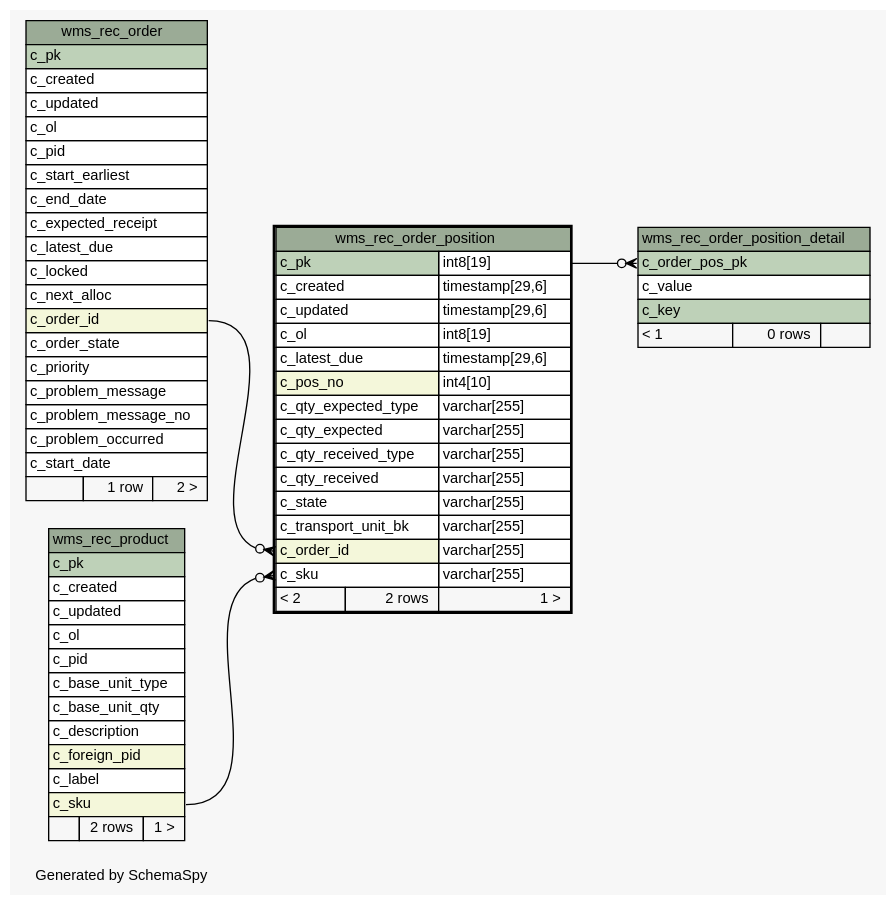
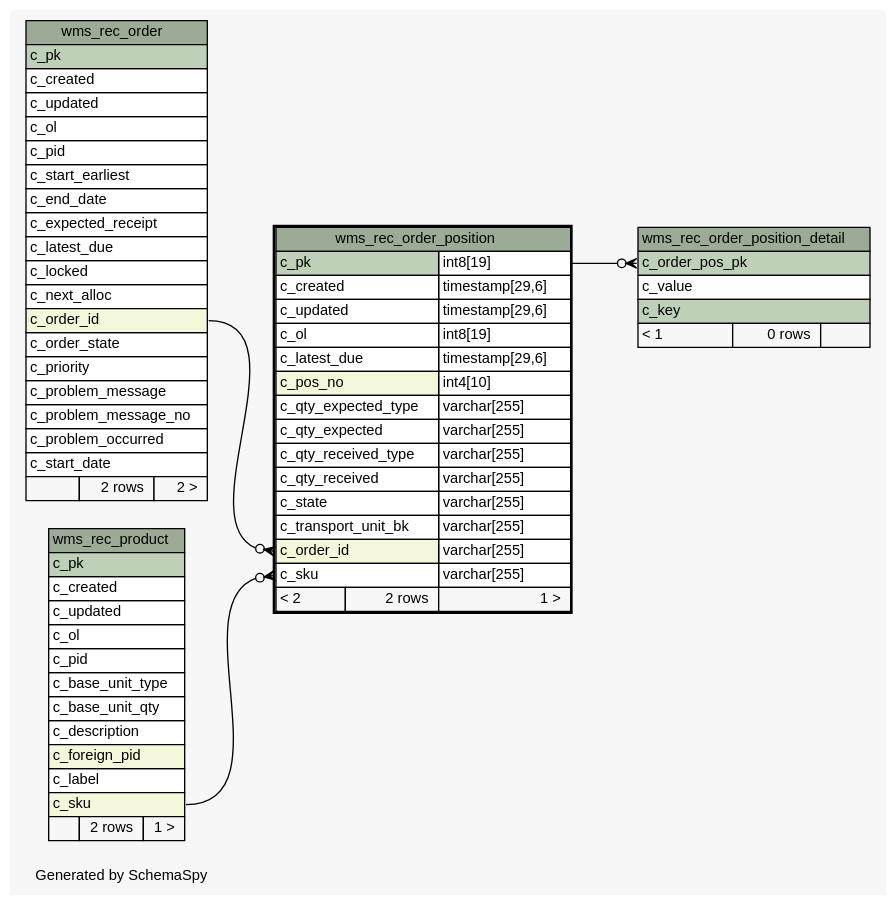
Before and after one commit to openwms/org.openwms.wms.receiving.lib: the diagram in 1.0.0-SNAPSHOT/schemaspy/diagrams/wms_rec_order_position.1degree.dot, drawn with Graphviz. The commit also changed 304 other files, not shown here.

```diff
--- a/1.0.0-SNAPSHOT/schemaspy/diagrams/wms_rec_order_position.1degree.dot
+++ b/1.0.0-SNAPSHOT/schemaspy/diagrams/wms_rec_order_position.1degree.dot
@@ -1,107 +1,107 @@
-// dot 2.43.0 on Linux 5.8.0-1039-azure
+// dot 2.43.0 on Linux 5.8.0-1040-azure
 // SchemaSpy rev Unknown
 digraph "oneDegreeRelationshipsDiagram" {
   graph [
     rankdir="RL"
     bgcolor="#f7f7f7"
     label="\nGenerated by SchemaSpy"
     labeljust="l"
     nodesep="0.18"
     ranksep="0.46"
     fontname="Helvetica"
     fontsize="11"
   ];
   node [
     fontname="Helvetica"
     fontsize="11"
     shape="plaintext"
   ];
   edge [
     arrowsize="0.8"
   ];
   "wms_rec_order_position":"c_order_id":w -> "wms_rec_order":"c_order_id":e [arrowhead=none dir=back arrowtail=crowodot];
   "wms_rec_order_position":"c_sku":w -> "wms_rec_product":"c_sku":e [arrowhead=none dir=back arrowtail=crowodot];
   "wms_rec_order_position_detail":"c_order_pos_pk":w -> "wms_rec_order_position":"c_pk.type":e [arrowhead=none dir=back arrowtail=crowodot];
   "wms_rec_order" [
     label=<
     <TABLE BORDER="0" CELLBORDER="1" CELLSPACING="0" BGCOLOR="#ffffff">
       <TR><TD COLSPAN="3" BGCOLOR="#9bab96" ALIGN="CENTER">wms_rec_order</TD></TR>
       <TR><TD PORT="c_pk" COLSPAN="3" BGCOLOR="#bed1b8" ALIGN="LEFT">c_pk</TD></TR>
       <TR><TD PORT="c_created" COLSPAN="3" ALIGN="LEFT">c_created</TD></TR>
       <TR><TD PORT="c_updated" COLSPAN="3" ALIGN="LEFT">c_updated</TD></TR>
       <TR><TD PORT="c_ol" COLSPAN="3" ALIGN="LEFT">c_ol</TD></TR>
       <TR><TD PORT="c_pid" COLSPAN="3" ALIGN="LEFT">c_pid</TD></TR>
       <TR><TD PORT="c_start_earliest" COLSPAN="3" ALIGN="LEFT">c_start_earliest</TD></TR>
       <TR><TD PORT="c_end_date" COLSPAN="3" ALIGN="LEFT">c_end_date</TD></TR>
       <TR><TD PORT="c_expected_receipt" COLSPAN="3" ALIGN="LEFT">c_expected_receipt</TD></TR>
       <TR><TD PORT="c_latest_due" COLSPAN="3" ALIGN="LEFT">c_latest_due</TD></TR>
       <TR><TD PORT="c_locked" COLSPAN="3" ALIGN="LEFT">c_locked</TD></TR>
       <TR><TD PORT="c_next_alloc" COLSPAN="3" ALIGN="LEFT">c_next_alloc</TD></TR>
       <TR><TD PORT="c_order_id" COLSPAN="3" BGCOLOR="#f4f7da" ALIGN="LEFT">c_order_id</TD></TR>
       <TR><TD PORT="c_order_state" COLSPAN="3" ALIGN="LEFT">c_order_state</TD></TR>
       <TR><TD PORT="c_priority" COLSPAN="3" ALIGN="LEFT">c_priority</TD></TR>
       <TR><TD PORT="c_problem_message" COLSPAN="3" ALIGN="LEFT">c_problem_message</TD></TR>
       <TR><TD PORT="c_problem_message_no" COLSPAN="3" ALIGN="LEFT">c_problem_message_no</TD></TR>
       <TR><TD PORT="c_problem_occurred" COLSPAN="3" ALIGN="LEFT">c_problem_occurred</TD></TR>
       <TR><TD PORT="c_start_date" COLSPAN="3" ALIGN="LEFT">c_start_date</TD></TR>
-      <TR><TD ALIGN="LEFT" BGCOLOR="#f7f7f7">  </TD><TD ALIGN="RIGHT" BGCOLOR="#f7f7f7">1 row</TD><TD ALIGN="RIGHT" BGCOLOR="#f7f7f7">2 &gt;</TD></TR>
+      <TR><TD ALIGN="LEFT" BGCOLOR="#f7f7f7">  </TD><TD ALIGN="RIGHT" BGCOLOR="#f7f7f7">2 rows</TD><TD ALIGN="RIGHT" BGCOLOR="#f7f7f7">2 &gt;</TD></TR>
     </TABLE>>
     URL="wms_rec_order.html"
     tooltip="wms_rec_order"
   ];
   "wms_rec_order_position" [
     label=<
     <TABLE BORDER="2" CELLBORDER="1" CELLSPACING="0" BGCOLOR="#ffffff">
       <TR><TD COLSPAN="3" BGCOLOR="#9bab96" ALIGN="CENTER">wms_rec_order_position</TD></TR>
       <TR><TD PORT="c_pk" COLSPAN="2" BGCOLOR="#bed1b8" ALIGN="LEFT">c_pk</TD><TD PORT="c_pk.type" ALIGN="LEFT">int8[19]</TD></TR>
       <TR><TD PORT="c_created" COLSPAN="2" ALIGN="LEFT">c_created</TD><TD PORT="c_created.type" ALIGN="LEFT">timestamp[29,6]</TD></TR>
       <TR><TD PORT="c_updated" COLSPAN="2" ALIGN="LEFT">c_updated</TD><TD PORT="c_updated.type" ALIGN="LEFT">timestamp[29,6]</TD></TR>
       <TR><TD PORT="c_ol" COLSPAN="2" ALIGN="LEFT">c_ol</TD><TD PORT="c_ol.type" ALIGN="LEFT">int8[19]</TD></TR>
       <TR><TD PORT="c_latest_due" COLSPAN="2" ALIGN="LEFT">c_latest_due</TD><TD PORT="c_latest_due.type" ALIGN="LEFT">timestamp[29,6]</TD></TR>
       <TR><TD PORT="c_pos_no" COLSPAN="2" BGCOLOR="#f4f7da" ALIGN="LEFT">c_pos_no</TD><TD PORT="c_pos_no.type" ALIGN="LEFT">int4[10]</TD></TR>
       <TR><TD PORT="c_qty_expected_type" COLSPAN="2" ALIGN="LEFT">c_qty_expected_type</TD><TD PORT="c_qty_expected_type.type" ALIGN="LEFT">varchar[255]</TD></TR>
       <TR><TD PORT="c_qty_expected" COLSPAN="2" ALIGN="LEFT">c_qty_expected</TD><TD PORT="c_qty_expected.type" ALIGN="LEFT">varchar[255]</TD></TR>
       <TR><TD PORT="c_qty_received_type" COLSPAN="2" ALIGN="LEFT">c_qty_received_type</TD><TD PORT="c_qty_received_type.type" ALIGN="LEFT">varchar[255]</TD></TR>
       <TR><TD PORT="c_qty_received" COLSPAN="2" ALIGN="LEFT">c_qty_received</TD><TD PORT="c_qty_received.type" ALIGN="LEFT">varchar[255]</TD></TR>
       <TR><TD PORT="c_state" COLSPAN="2" ALIGN="LEFT">c_state</TD><TD PORT="c_state.type" ALIGN="LEFT">varchar[255]</TD></TR>
       <TR><TD PORT="c_transport_unit_bk" COLSPAN="2" ALIGN="LEFT">c_transport_unit_bk</TD><TD PORT="c_transport_unit_bk.type" ALIGN="LEFT">varchar[255]</TD></TR>
       <TR><TD PORT="c_order_id" COLSPAN="2" BGCOLOR="#f4f7da" ALIGN="LEFT">c_order_id</TD><TD PORT="c_order_id.type" ALIGN="LEFT">varchar[255]</TD></TR>
       <TR><TD PORT="c_sku" COLSPAN="2" ALIGN="LEFT">c_sku</TD><TD PORT="c_sku.type" ALIGN="LEFT">varchar[255]</TD></TR>
       <TR><TD ALIGN="LEFT" BGCOLOR="#f7f7f7">&lt; 2</TD><TD ALIGN="RIGHT" BGCOLOR="#f7f7f7">2 rows</TD><TD ALIGN="RIGHT" BGCOLOR="#f7f7f7">1 &gt;</TD></TR>
     </TABLE>>
     URL="wms_rec_order_position.html"
     tooltip="wms_rec_order_position"
   ];
   "wms_rec_order_position_detail" [
     label=<
     <TABLE BORDER="0" CELLBORDER="1" CELLSPACING="0" BGCOLOR="#ffffff">
       <TR><TD COLSPAN="3" BGCOLOR="#9bab96" ALIGN="CENTER">wms_rec_order_position_detail</TD></TR>
       <TR><TD PORT="c_order_pos_pk" COLSPAN="3" BGCOLOR="#bed1b8" ALIGN="LEFT">c_order_pos_pk</TD></TR>
       <TR><TD PORT="c_value" COLSPAN="3" ALIGN="LEFT">c_value</TD></TR>
       <TR><TD PORT="c_key" COLSPAN="3" BGCOLOR="#bed1b8" ALIGN="LEFT">c_key</TD></TR>
       <TR><TD ALIGN="LEFT" BGCOLOR="#f7f7f7">&lt; 1</TD><TD ALIGN="RIGHT" BGCOLOR="#f7f7f7">0 rows</TD><TD ALIGN="RIGHT" BGCOLOR="#f7f7f7">  </TD></TR>
     </TABLE>>
     URL="wms_rec_order_position_detail.html"
     tooltip="wms_rec_order_position_detail"
   ];
   "wms_rec_product" [
     label=<
     <TABLE BORDER="0" CELLBORDER="1" CELLSPACING="0" BGCOLOR="#ffffff">
       <TR><TD COLSPAN="3" BGCOLOR="#9bab96" ALIGN="CENTER">wms_rec_product</TD></TR>
       <TR><TD PORT="c_pk" COLSPAN="3" BGCOLOR="#bed1b8" ALIGN="LEFT">c_pk</TD></TR>
       <TR><TD PORT="c_created" COLSPAN="3" ALIGN="LEFT">c_created</TD></TR>
       <TR><TD PORT="c_updated" COLSPAN="3" ALIGN="LEFT">c_updated</TD></TR>
       <TR><TD PORT="c_ol" COLSPAN="3" ALIGN="LEFT">c_ol</TD></TR>
       <TR><TD PORT="c_pid" COLSPAN="3" ALIGN="LEFT">c_pid</TD></TR>
       <TR><TD PORT="c_base_unit_type" COLSPAN="3" ALIGN="LEFT">c_base_unit_type</TD></TR>
       <TR><TD PORT="c_base_unit_qty" COLSPAN="3" ALIGN="LEFT">c_base_unit_qty</TD></TR>
       <TR><TD PORT="c_description" COLSPAN="3" ALIGN="LEFT">c_description</TD></TR>
       <TR><TD PORT="c_foreign_pid" COLSPAN="3" BGCOLOR="#f4f7da" ALIGN="LEFT">c_foreign_pid</TD></TR>
       <TR><TD PORT="c_label" COLSPAN="3" ALIGN="LEFT">c_label</TD></TR>
       <TR><TD PORT="c_sku" COLSPAN="3" BGCOLOR="#f4f7da" ALIGN="LEFT">c_sku</TD></TR>
       <TR><TD ALIGN="LEFT" BGCOLOR="#f7f7f7">  </TD><TD ALIGN="RIGHT" BGCOLOR="#f7f7f7">2 rows</TD><TD ALIGN="RIGHT" BGCOLOR="#f7f7f7">1 &gt;</TD></TR>
     </TABLE>>
     URL="wms_rec_product.html"
     tooltip="wms_rec_product"
   ];
 }
```
